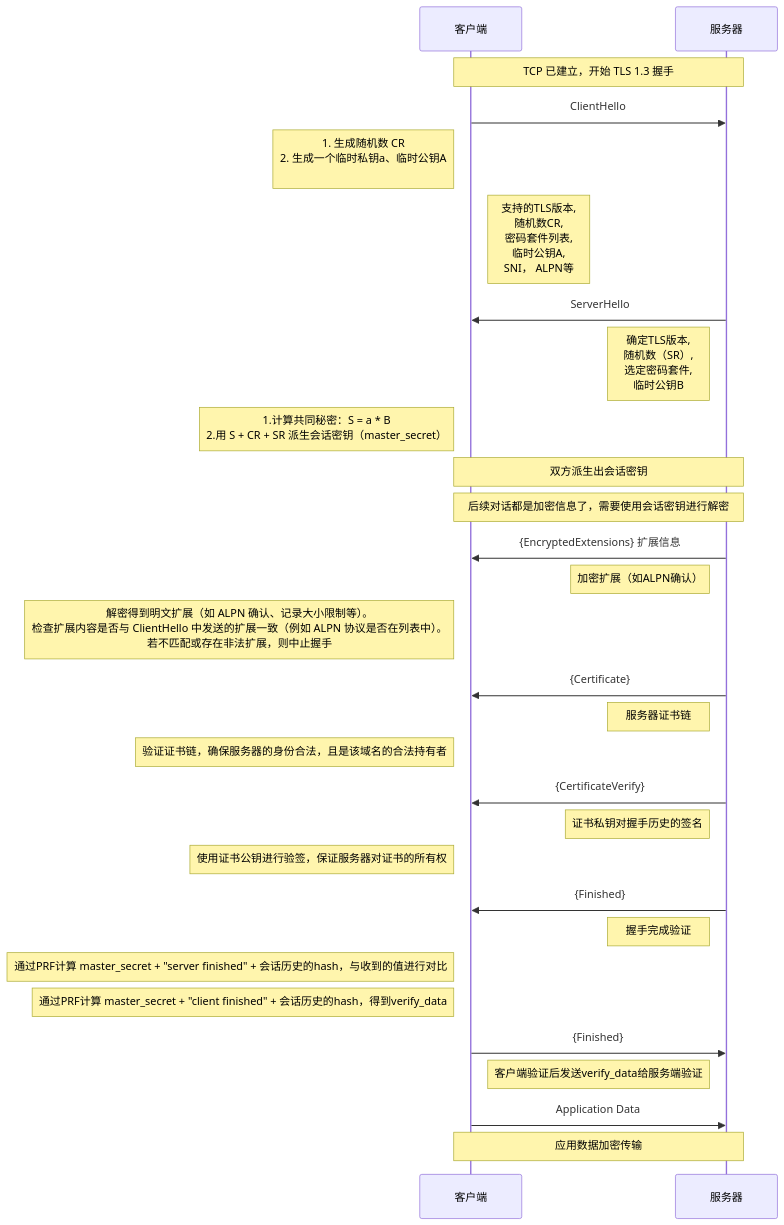
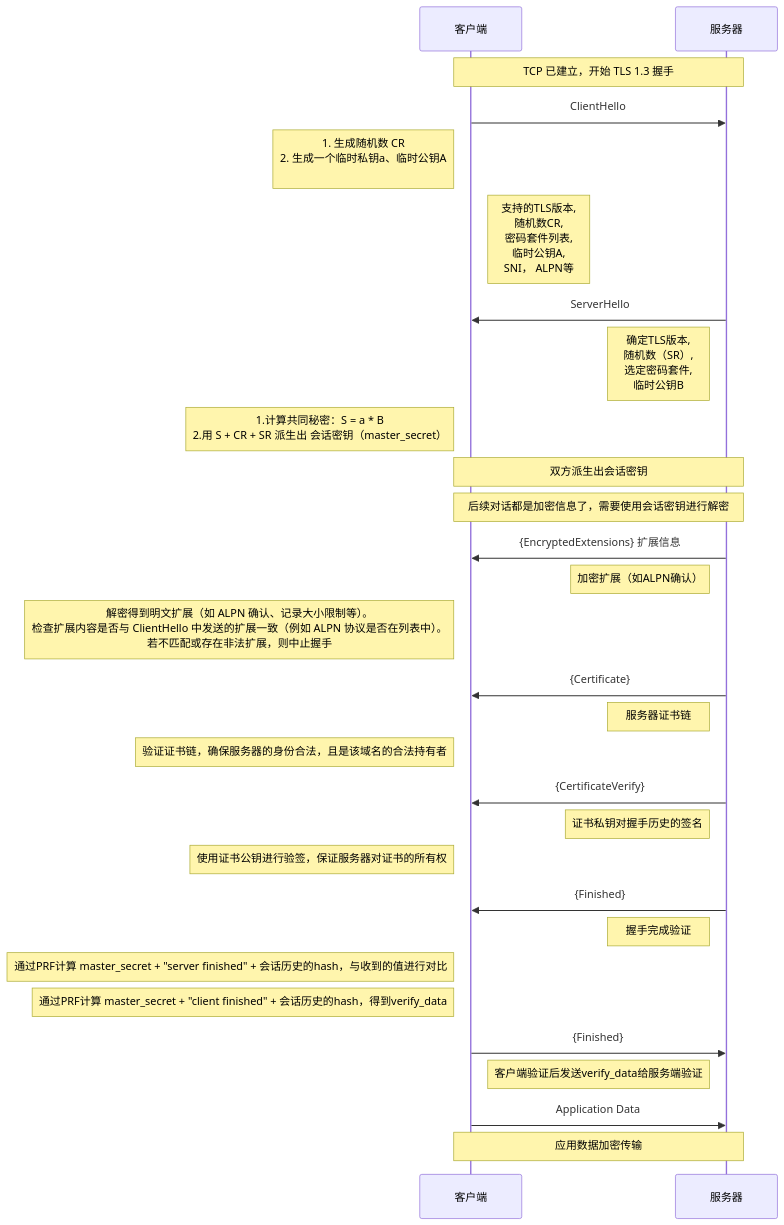
The diagram in all/TLS-1.3-通用.md (HY-10-8/iodraw-files), drawn with Mermaid before and after one commit.

Commit message:
2026-03-31 10:21:07 update

````diff
--- a/all/TLS-1.3-通用.md
+++ b/all/TLS-1.3-通用.md
@@ -1,41 +1,41 @@
 ```mermaid
 sequenceDiagram
     participant C as 客户端
     participant S as 服务器
 
     Note over C,S: TCP 已建立，开始 TLS 1.3 握手
 
     C->>S: ClientHello
     Note left of C: 1. 生成随机数 CR<br/> 2. 生成一个临时私钥a、临时公钥A<br/>
     Note right of C: 支持的TLS版本,<br/> 随机数CR,<br/> 密码套件列表,<br/> 临时公钥A,<br/> SNI， ALPN等
 
     S->>C: ServerHello
     Note left of S: 确定TLS版本, <br/>随机数（SR）,<br/> 选定密码套件, <br/>临时公钥B
-    Note left of C: 1.计算共同秘密：S = a * B<br/> 2.用 S + CR + SR 派生会话密钥（master_secret）
+    Note left of C: 1.计算共同秘密：S = a * B<br/> 2.用 S + CR + SR 派生出 会话密钥（master_secret）
 
     Note over C,S: 双方派生出会话密钥
     Note over C,S: 后续对话都是加密信息了，需要使用会话密钥进行解密
 
     S->>C: {EncryptedExtensions} 扩展信息
     Note left of S: 加密扩展（如ALPN确认）
     Note left of C: 解密得到明文扩展（如 ALPN 确认、记录大小限制等）。<br/>检查扩展内容是否与 ClientHello 中发送的扩展一致（例如 ALPN 协议是否在列表中）。<br/> 若不匹配或存在非法扩展，则中止握手
 
     S->>C: {Certificate}
     Note left of S: 服务器证书链
     Note left of C: 验证证书链，确保服务器的身份合法，且是该域名的合法持有者
 
     S->>C: {CertificateVerify}
     Note left of S: 证书私钥对握手历史的签名
     Note left of C: 使用证书公钥进行验签，保证服务器对证书的所有权
 
     S->>C: {Finished}
     Note left of S: 握手完成验证
     Note left of C: 通过PRF计算 master_secret + "server finished" + 会话历史的hash，与收到的值进行对比
     Note left of C: 通过PRF计算 master_secret + "client finished" + 会话历史的hash，得到verify_data
 
     C->>S: {Finished}
     Note right of C: 客户端验证后发送verify_data给服务端验证
 
     C->>S: Application Data
     Note over C,S: 应用数据加密传输
 ```
````
